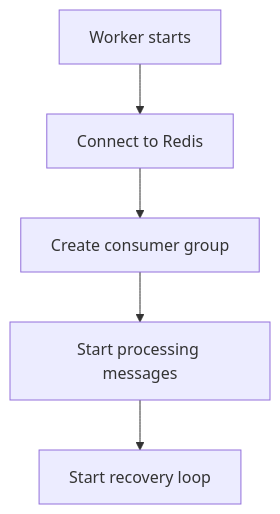
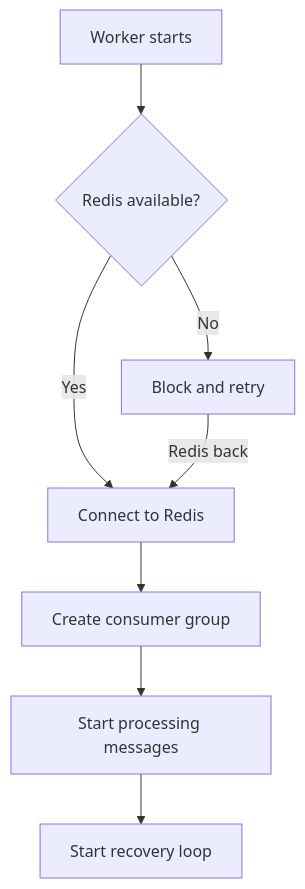
Before and after one commit to kunalPisolkar24/detectAI: the first of 3 diagrams in services/chats/docs/components/worker.md, drawn with Mermaid. The commit also changed other lines of this file and 8 other files, not shown here.

````diff
--- a/services/chats/docs/components/worker.md
+++ b/services/chats/docs/components/worker.md
@@ -23,7 +23,10 @@
 ```mermaid
 graph TB
-    A[Worker starts] --> B[Connect to Redis]
-    B --> C[Create consumer group]
-    C --> D[Start processing messages]
-    D --> E[Start recovery loop]
+    A[Worker starts] --> B{Redis available?}
+    B -->|Yes| C[Connect to Redis]
+    B -->|No| D[Block and retry]
+    D -->|Redis back| C
+    C --> E[Create consumer group]
+    E --> F[Start processing messages]
+    F --> G[Start recovery loop]
 ```
````
